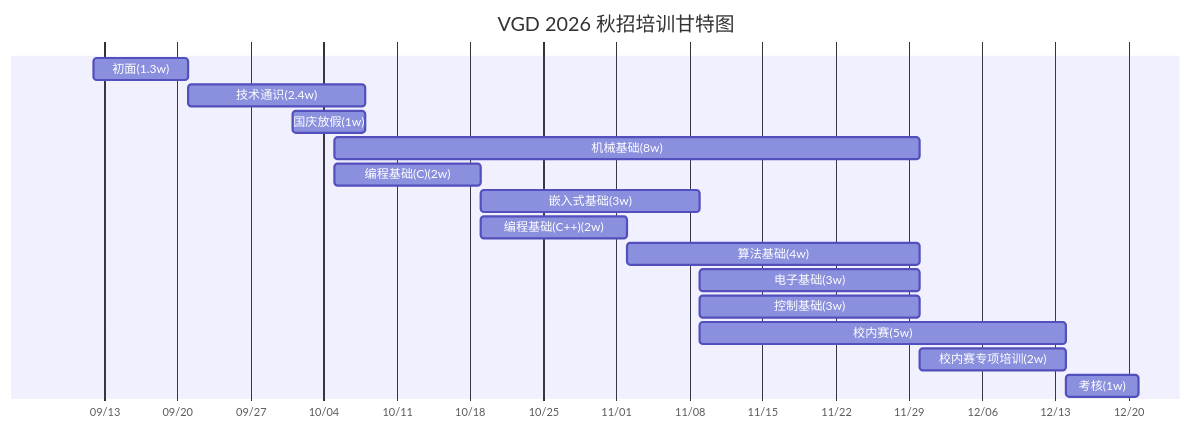
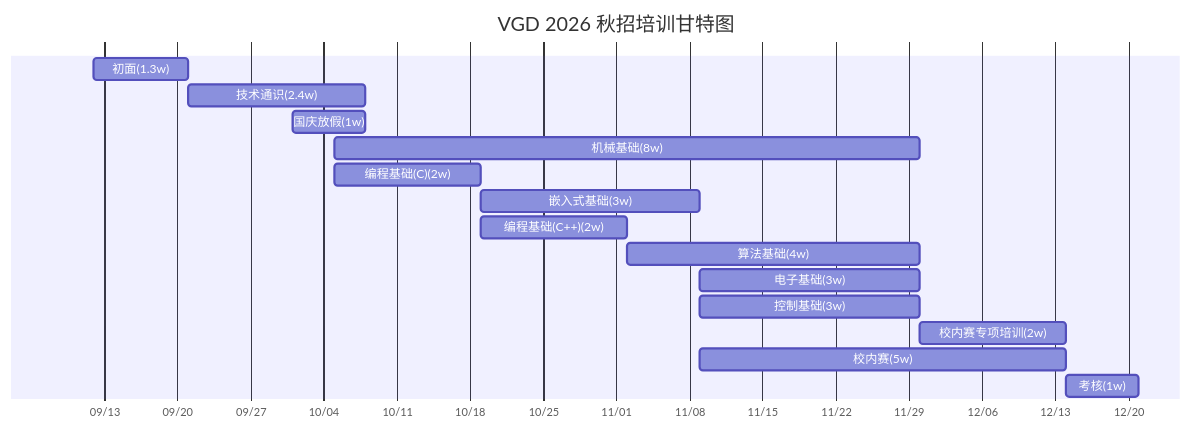
Before and after one commit to chuvgd/chuvgd-wiki: the diagram in training.md, drawn with Mermaid. The commit also changed other lines of this file, not shown here.

````diff
--- a/training.md
+++ b/training.md
@@ -105,20 +105,20 @@
 ```mermaid
 gantt
     title VGD 2026 秋招培训甘特图
     dateFormat YYYY-MM-DD
     axisFormat %m/%d
 
     初面(1.3w): 2026-09-12, 9d
     技术通识(2.4w): 2026-09-21, 17d
     国庆放假(1w): 2026-10-01, 7d
     机械基础(8w): 2026-10-05, 56d
     编程基础(C)(2w): 2026-10-05, 14d
     嵌入式基础(3w): 2026-10-19, 21d
     编程基础(C++)(2w): 2026-10-19, 14d
     算法基础(4w): 2026-11-02, 28d
     电子基础(3w): 2026-11-09, 21d
     控制基础(3w): 2026-11-09, 21d
+    校内赛专项培训(2w): 2026-11-30, 14d
     校内赛(5w): 2026-11-09, 35d
-    校内赛专项培训(2w): 2026-11-30, 14d
     考核(1w): 2026-12-14, 7d
 ```
````
